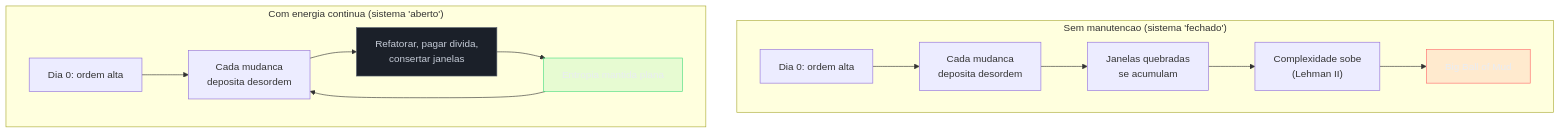
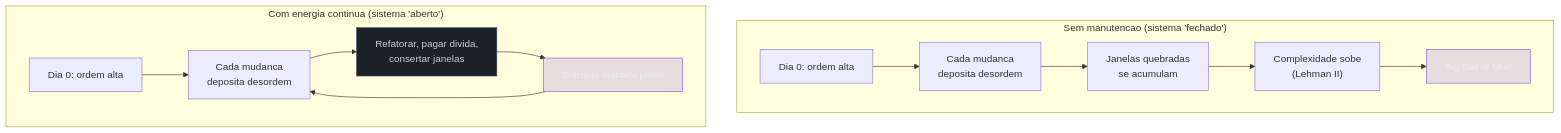
One commit to josenaldo/codex-technomanticus changed the fourth of 4 diagrams in 03-Dominios/Engenharia/Complexidade de Software/13 - Entropia de software e decaimento.md. Above: the diagram before and after it, drawn with Mermaid. The commit also changed other lines of this file and 601 other files, not shown here.

````diff
--- a/03-Dominios/Engenharia/Complexidade de Software/13 - Entropia de software e decaimento.md
+++ b/03-Dominios/Engenharia/Complexidade de Software/13 - Entropia de software e decaimento.md
@@ -297,23 +298,22 @@
 ```mermaid
 flowchart TD
-    classDef falha fill:#FF6B6B24,stroke:#FF6B6B,color:#E9ECF2
-    classDef ok fill:#4ADE8021,stroke:#4ADE80,color:#E9ECF2
+    classDef marca fill:#8855DF33,stroke:#8855DF,color:#E9ECF2
     classDef neutro fill:#1B2029,stroke:#4E5666,color:#C6CCD8
     subgraph SemEnergia["Sem manutencao (sistema 'fechado')"]
         S0["Dia 0: ordem alta"] --> S1["Cada mudanca<br/>deposita desordem"]
         S1 --> S2["Janelas quebradas<br/>se acumulam"]
         S2 --> S3["Complexidade sobe<br/>(Lehman II)"]
         S3 --> S4["Big Ball of Mud"]
     end
 
     subgraph ComEnergia["Com energia continua (sistema 'aberto')"]
         E0["Dia 0: ordem alta"] --> E1["Cada mudanca<br/>deposita desordem"]
         E1 --> E2["Refatorar, pagar divida,<br/>consertar janelas"]
         E2 --> E3["Entropia mantida plana"]
         E3 --> E1
     end
 
-    class S4 falha
-    class E3 ok
+    class S4 marca
+    class E3 marca
     class E2 neutro
 ```
````
